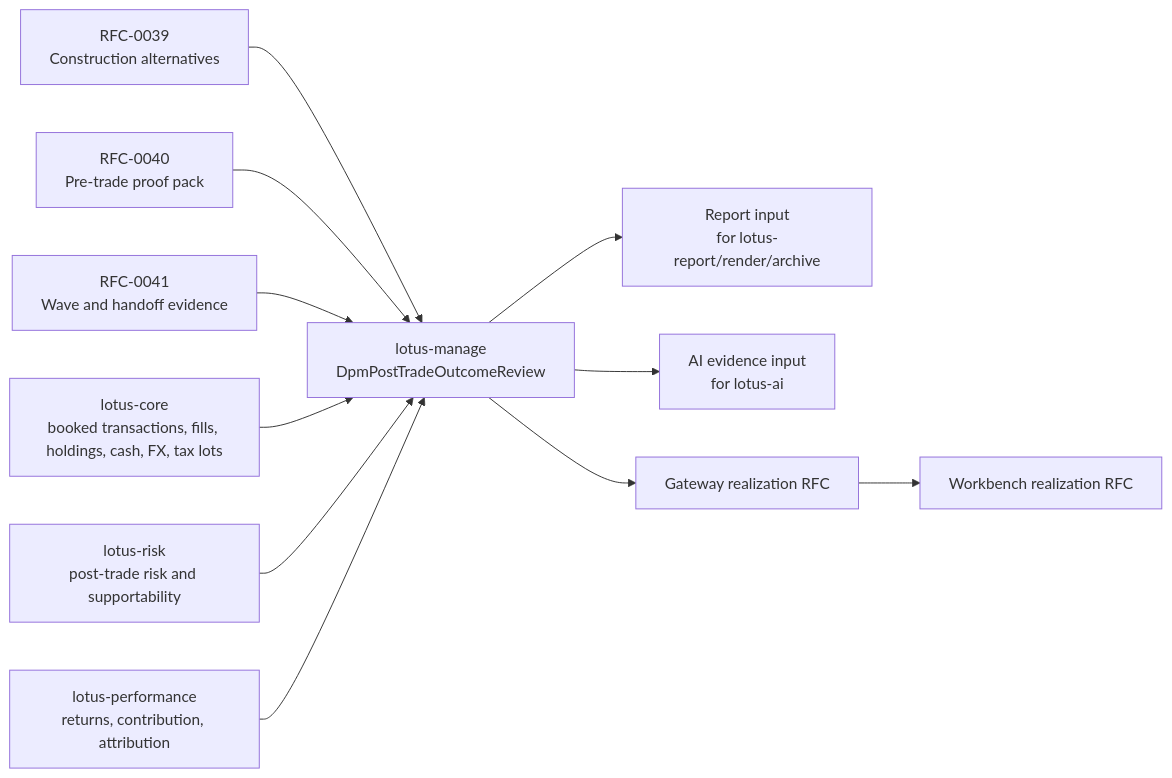
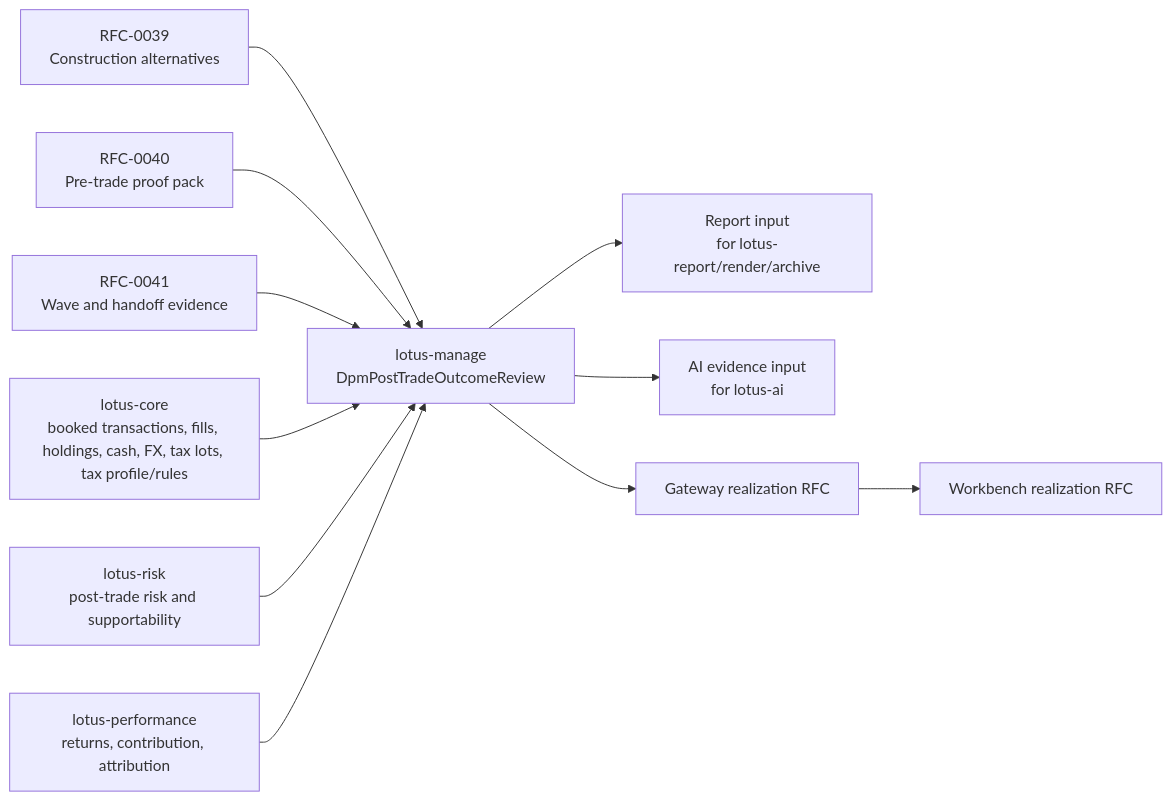
Before and after one commit to sgajbi/lotus-manage: the diagram in docs/rfcs/RFC-0042-post-trade-outcome-feedback-loop.md, drawn with Mermaid. The commit also changed other lines of this file and 15 other files, not shown here.

````diff
--- a/docs/rfcs/RFC-0042-post-trade-outcome-feedback-loop.md
+++ b/docs/rfcs/RFC-0042-post-trade-outcome-feedback-loop.md
@@ -145,25 +146,25 @@
 ```mermaid
 flowchart LR
     Alt[RFC-0039<br/>Construction alternatives]
     Proof[RFC-0040<br/>Pre-trade proof pack]
     Wave[RFC-0041<br/>Wave and handoff evidence]
-    Core[lotus-core<br/>booked transactions, fills, holdings, cash, FX, tax lots]
+    Core[lotus-core<br/>booked transactions, fills, holdings, cash, FX, tax lots, tax profile/rules]
     Risk[lotus-risk<br/>post-trade risk and supportability]
     Perf[lotus-performance<br/>returns, contribution, attribution]
     Manage[lotus-manage<br/>DpmPostTradeOutcomeReview]
     Report[Report input<br/>for lotus-report/render/archive]
     AI[AI evidence input<br/>for lotus-ai]
     Gateway[Gateway realization RFC]
     Workbench[Workbench realization RFC]
 
     Alt --> Manage
     Proof --> Manage
     Wave --> Manage
     Core --> Manage
     Risk --> Manage
     Perf --> Manage
     Manage --> Report
     Manage --> AI
     Manage --> Gateway
     Gateway --> Workbench
 ```
````
